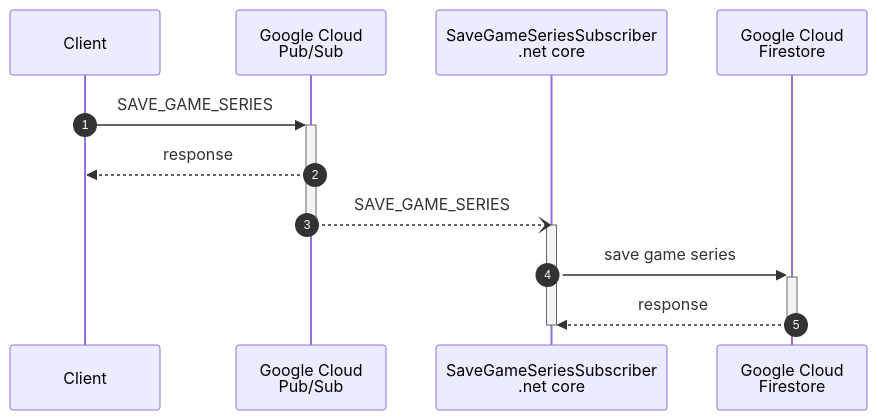
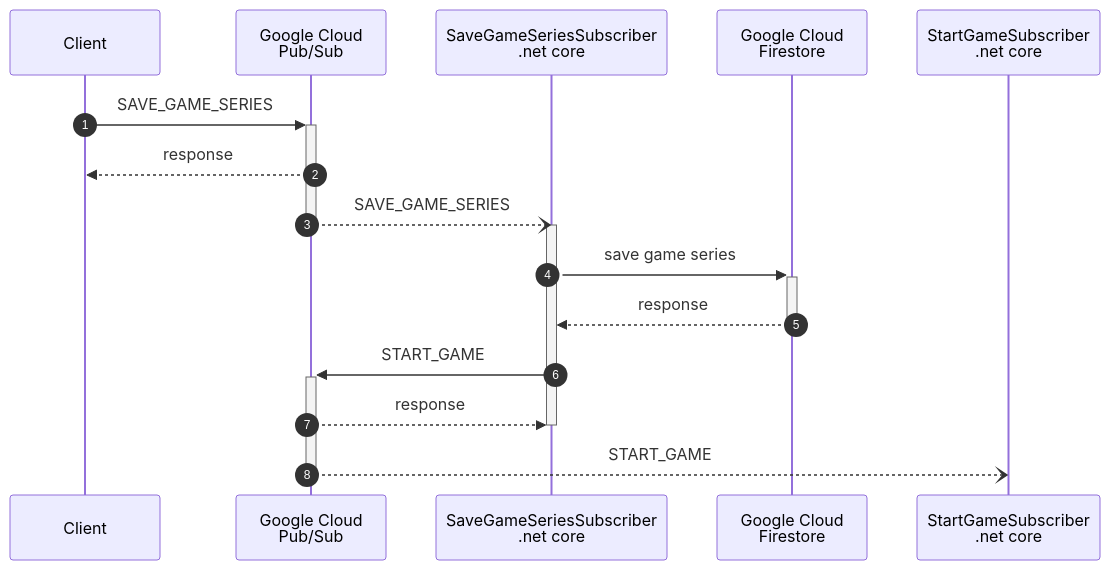
Before and after one commit to MichaelDiers/TabletopGameAdmin: the diagram in doc/initialize-game-series.mermaid, drawn with Mermaid. The commit also changed 2 other files, not shown here.

```diff
--- a/doc/initialize-game-series.mermaid
+++ b/doc/initialize-game-series.mermaid
@@ -1,15 +1,20 @@
 sequenceDiagram
     autonumber
     participant C as Client
     participant PS as Google Cloud<br>Pub/Sub
     participant SGSS as SaveGameSeriesSubscriber<br>.net core
     participant FS as Google Cloud<br>Firestore
+    participant SGS as StartGameSubscriber<br>.net core
     C->>+PS: SAVE_GAME_SERIES
     PS-->>C: response
     PS--)SGSS: SAVE_GAME_SERIES
     deactivate PS
     activate SGSS
     SGSS->>+FS: save game series
     FS-->>SGSS: response
     deactivate FS
+    SGSS->>+PS: START_GAME
+    PS-->> SGSS: response
     deactivate SGSS
+    PS--)SGS: START_GAME
+    deactivate PS
```
